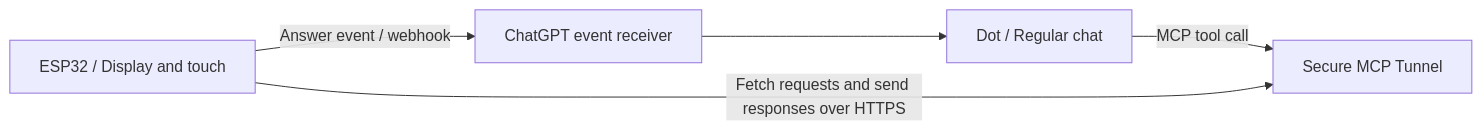
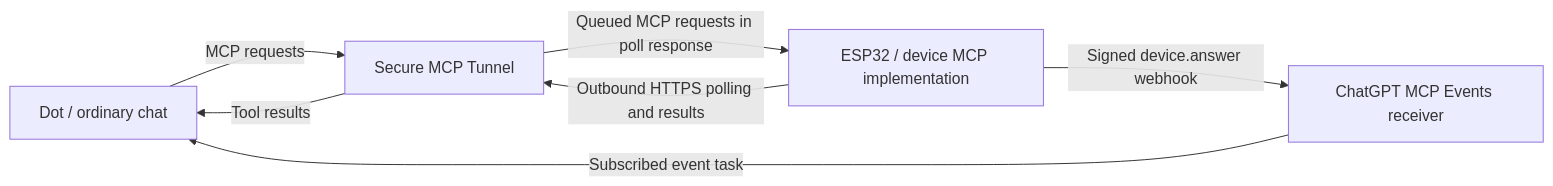
The diagram in README.md (usedhonda/dots-device), drawn with Mermaid before and after one commit. The commit also changed other lines of this file and 2 other files, not shown here.

First line of the commit message:
Document MCP Events and device communication in English and Japanese (#5)

````diff
--- a/README.md
+++ b/README.md
@@ -35,7 +27,9 @@
 ```mermaid
 flowchart LR
-    Dot[Dot / Regular chat] -->|MCP tool call| Tunnel[Secure MCP Tunnel]
-    Device[ESP32 / Display and touch] -->|Fetch requests and send responses over HTTPS| Tunnel
-    Device -->|Answer event / webhook| Events[ChatGPT event receiver]
-    Events --> Dot
+    Dot[Dot / ordinary chat] -->|MCP requests| Tunnel[Secure MCP Tunnel]
+    Device[ESP32 / device MCP implementation] -->|Outbound HTTPS polling and results| Tunnel
+    Tunnel -->|Queued MCP requests in poll response| Device
+    Tunnel -->|Tool results| Dot
+    Device -->|Signed device.answer webhook| Events[ChatGPT MCP Events receiver]
+    Events -->|Subscribed event task| Dot
 ```
````
